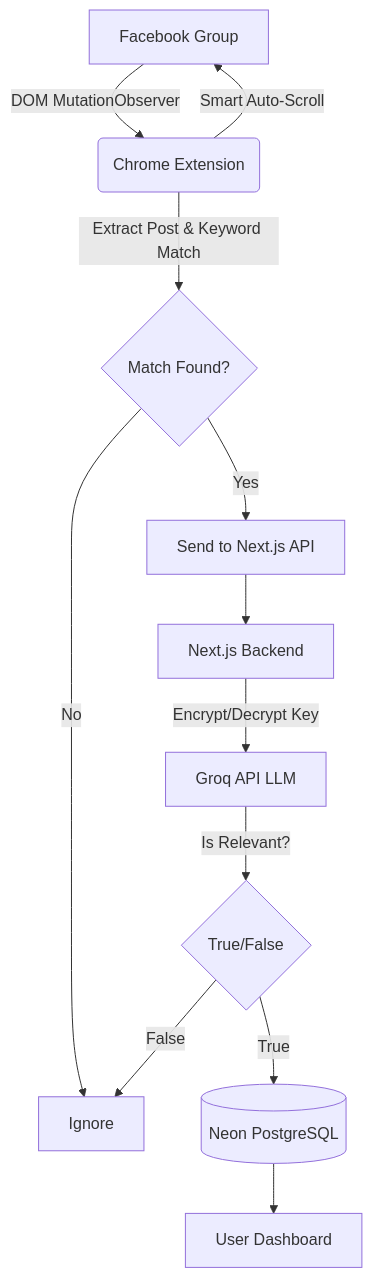
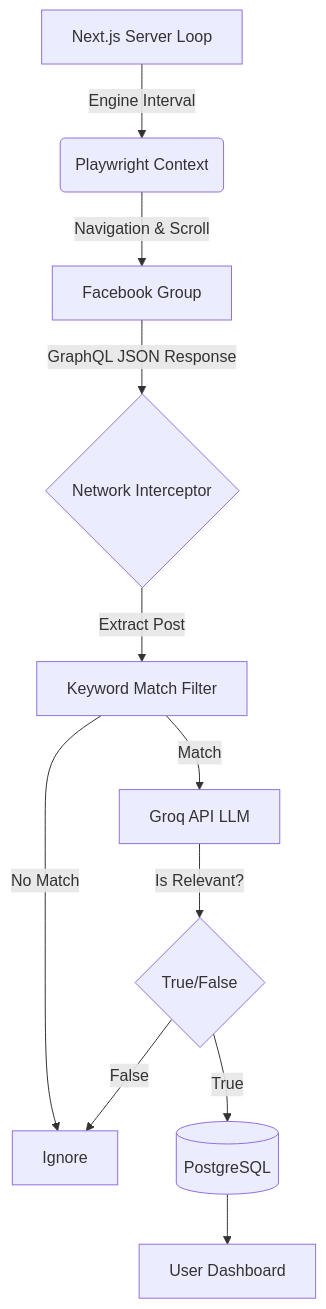
Before and after one commit to Abubakkar-Khan/GroupScout: the first of 2 diagrams in README.md, drawn with Mermaid. The commit also changed other lines of this file and 32 other files, not shown here.

````diff
--- a/README.md
+++ b/README.md
@@ -51,14 +49,13 @@
 ```mermaid
 graph TD
-    A[Facebook Group] -->|DOM MutationObserver| B(Chrome Extension)
-    B -->|Smart Auto-Scroll| A
-    B -->|Extract Post & Keyword Match| C{Match Found?}
-    C -- Yes --> D[Send to Next.js API]
-    C -- No --> E[Ignore]
-    D --> F[Next.js Backend]
-    F -->|Encrypt/Decrypt Key| G[Groq API LLM]
-    G -->|Is Relevant?| H{True/False}
-    H -- True --> I[(Neon PostgreSQL)]
-    H -- False --> E
+    A[Next.js Server Loop] -->|Engine Interval| B(Playwright Context)
+    B -->|Navigation & Scroll| C[Facebook Group]
+    C -->|GraphQL JSON Response| D{Network Interceptor}
+    D -->|Extract Post| E[Keyword Match Filter]
+    E -- Match --> F[Groq API LLM]
+    E -- No Match --> G[Ignore]
+    F -->|Is Relevant?| H{True/False}
+    H -- True --> I[(PostgreSQL)]
+    H -- False --> G
     I --> J[User Dashboard]
 ```
````
